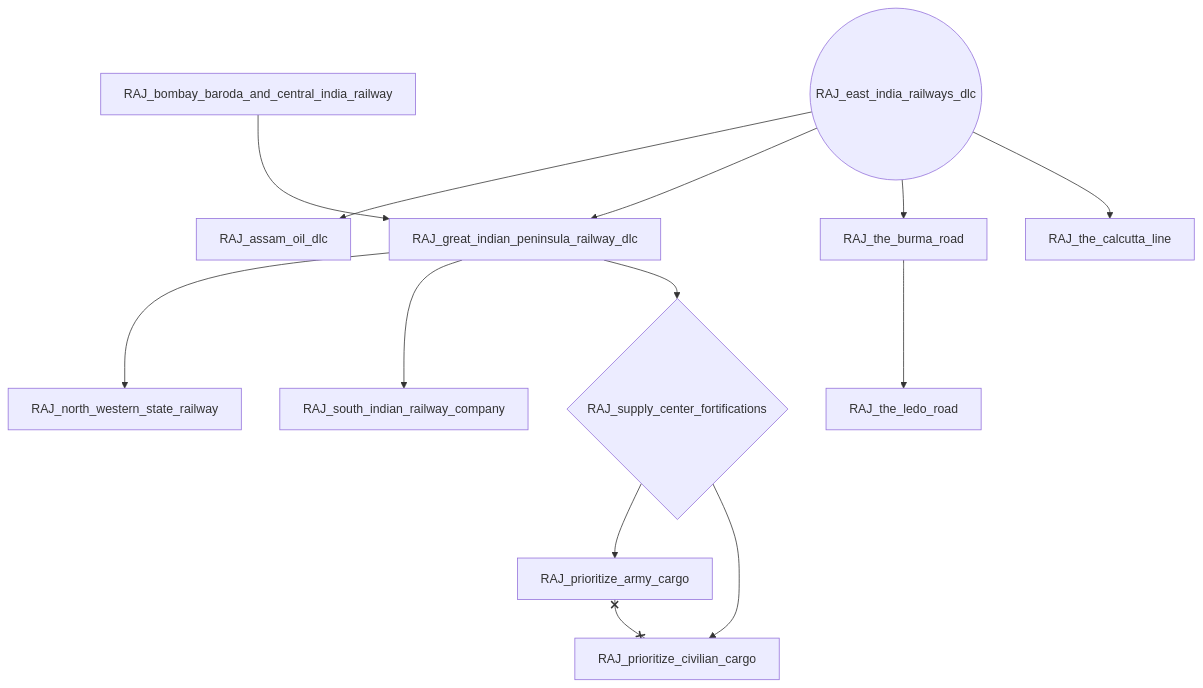
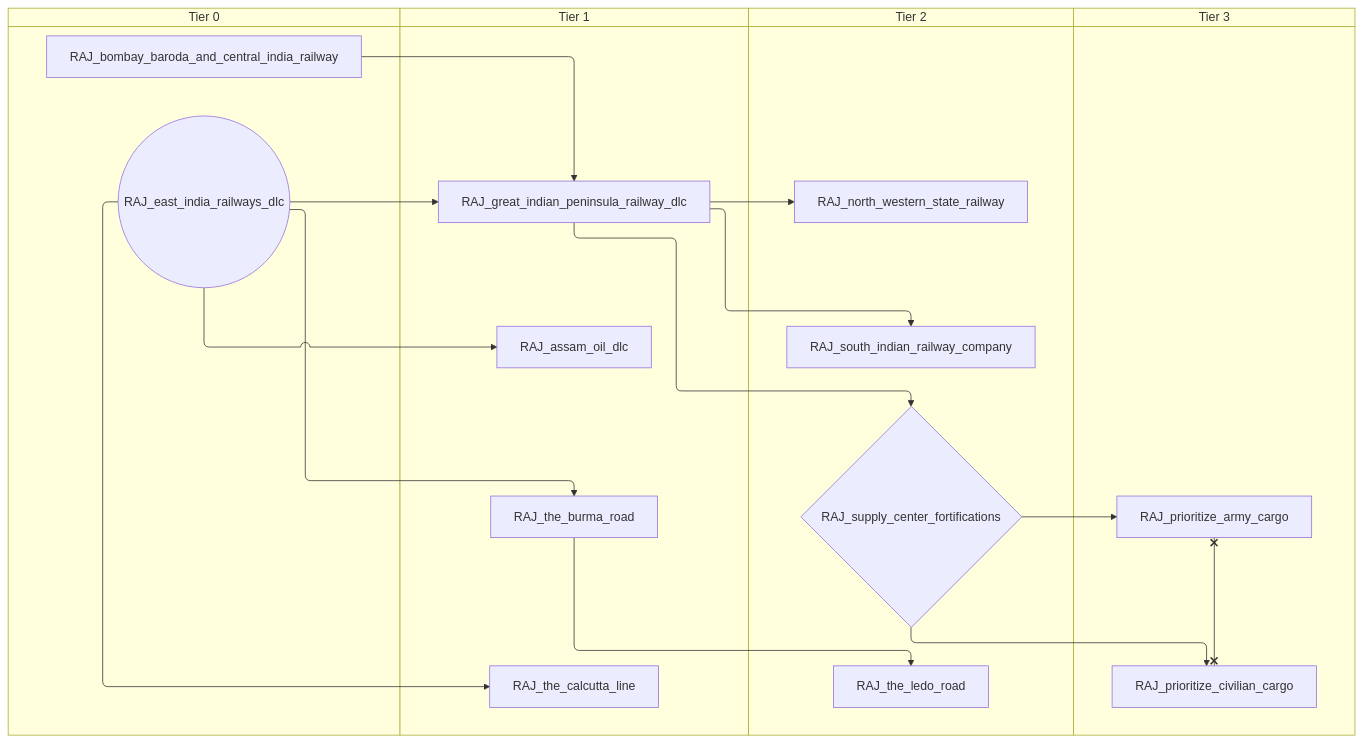
The third of 13 diagrams in docs/gdd/National Focuses/r56/india_goe.md (evgeny-sobol/hoi4-sandbox-mode-r56), drawn with Mermaid before and after one commit. The commit also changed other lines of this file and 423 other files, not shown here.

First line of the commit message:
Re-export Rt56 focus trees as swimlane diagrams

````diff
--- a/docs/gdd/National Focuses/r56/india_goe.md
+++ b/docs/gdd/National Focuses/r56/india_goe.md
@@ -56,27 +72,35 @@
 ```mermaid
-flowchart TD
-    n21["RAJ_assam_oil_dlc"]
-    n12["RAJ_bombay_baroda_and_central_india_railway"]
-    n13(("RAJ_east_india_railways_dlc"))
-    n14["RAJ_great_indian_peninsula_railway_dlc"]
-    n15["RAJ_north_western_state_railway"]
-    n16["RAJ_prioritize_army_cargo"]
-    n17["RAJ_prioritize_civilian_cargo"]
-    n18["RAJ_south_indian_railway_company"]
-    n19{"RAJ_supply_center_fortifications"}
-    n22["RAJ_the_burma_road"]
-    n23["RAJ_the_calcutta_line"]
-    n24["RAJ_the_ledo_road"]
+swimlane-beta TD
+    subgraph tier_0["Tier 0"]
+        n12["RAJ_bombay_baroda_and_central_india_railway"]
+        n13(("RAJ_east_india_railways_dlc"))
+    end
+    subgraph tier_1["Tier 1"]
+        n21["RAJ_assam_oil_dlc"]
+        n14["RAJ_great_indian_peninsula_railway_dlc"]
+        n22["RAJ_the_burma_road"]
+        n23["RAJ_the_calcutta_line"]
+    end
+    subgraph tier_2["Tier 2"]
+        n16["RAJ_north_western_state_railway"]
+        n17["RAJ_south_indian_railway_company"]
+        n18{"RAJ_supply_center_fortifications"}
+        n24["RAJ_the_ledo_road"]
+    end
+    subgraph tier_3["Tier 3"]
+        n19["RAJ_prioritize_army_cargo"]
+        n20["RAJ_prioritize_civilian_cargo"]
+    end
     n13 --> n21
     n13 --> n14
     n12 --> n14
-    n14 --> n15
-    n19 --> n16
-    n19 --> n17
+    n14 --> n16
+    n18 --> n19
+    n18 --> n20
+    n14 --> n17
     n14 --> n18
-    n14 --> n19
     n13 --> n22
     n13 --> n23
     n22 --> n24
-    n16 x--x n17
+    n19 x--x n20
 ```
````
